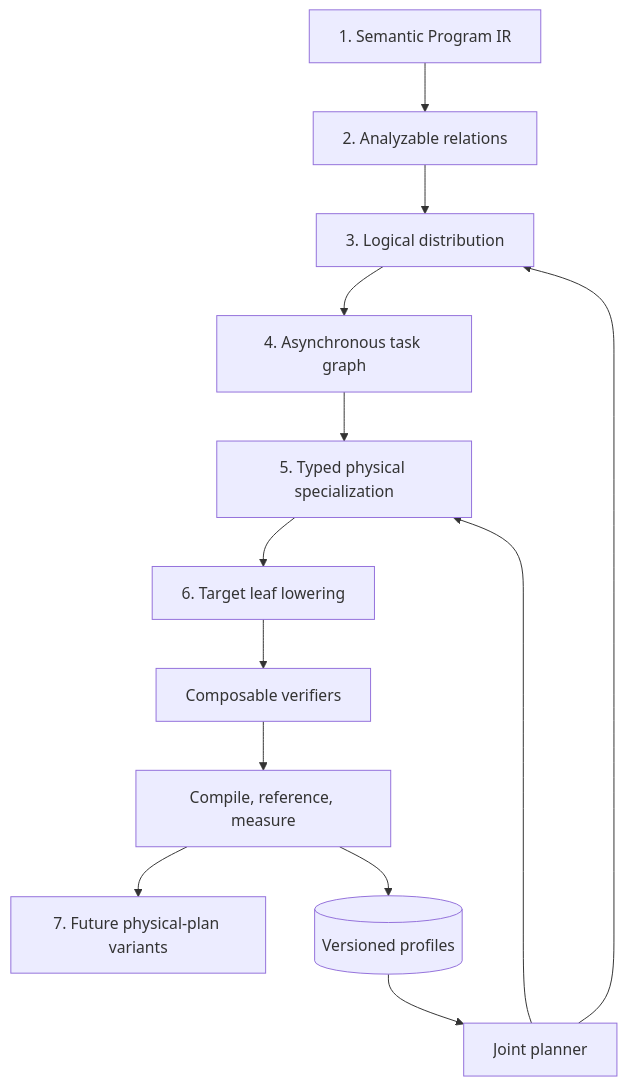
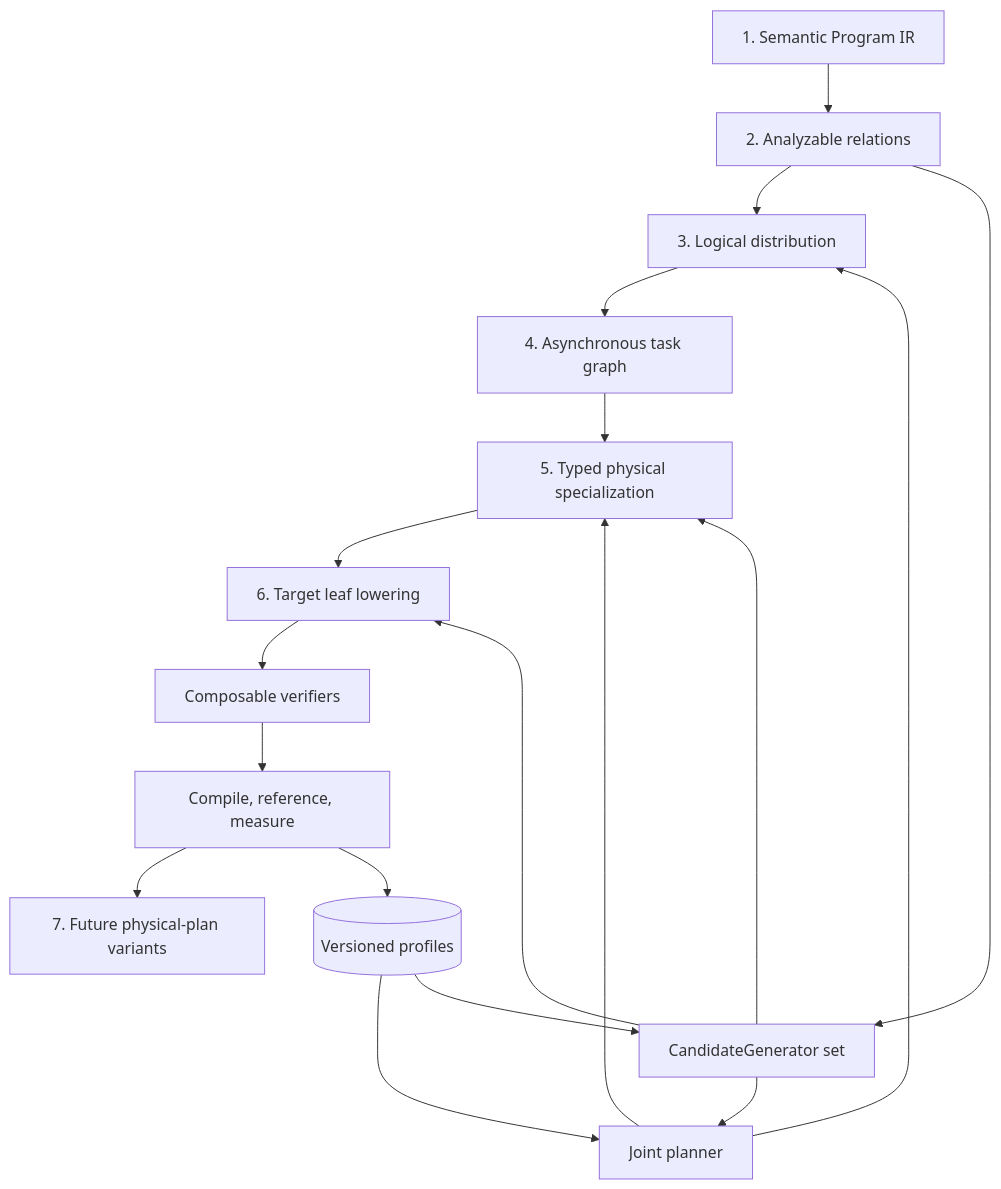
Before and after one commit to morphling666/VernonDSL: the diagram in specs/future/architecture.md, drawn with Mermaid. The commit also changed other lines of this file and 6 other files, not shown here.

````diff
--- a/specs/future/architecture.md
+++ b/specs/future/architecture.md
@@ -67,21 +76,27 @@
 ```mermaid
 flowchart TB
     Program["1. Semantic Program IR"]
     Analysis["2. Analyzable relations"]
     Logical["3. Logical distribution"]
     Tasks["4. Asynchronous task graph"]
     Physical["5. Typed physical specialization"]
     Target["6. Target leaf lowering"]
     Resolved["7. Future physical-plan variants"]
     Planner["Joint planner"]
+    Generators["CandidateGenerator set"]
     Verify["Composable verifiers"]
     Measure["Compile, reference, measure"]
     Profiles[("Versioned profiles")]
 
     Program --> Analysis --> Logical --> Tasks --> Physical --> Target
     Target --> Verify --> Measure --> Resolved
+    Analysis --> Generators
+    Generators --> Planner
+    Generators --> Physical
+    Generators --> Target
     Planner --> Logical
     Planner --> Physical
     Profiles --> Planner
+    Profiles --> Generators
     Measure --> Profiles
 ```
````
